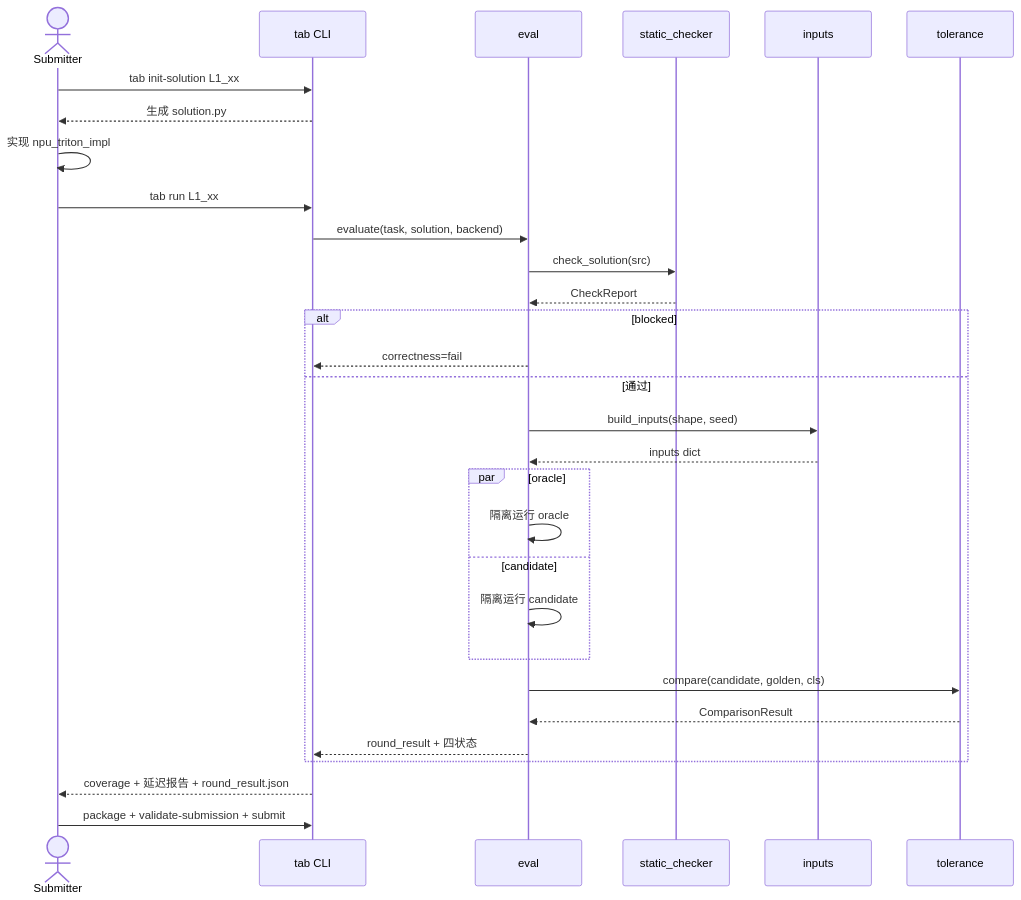
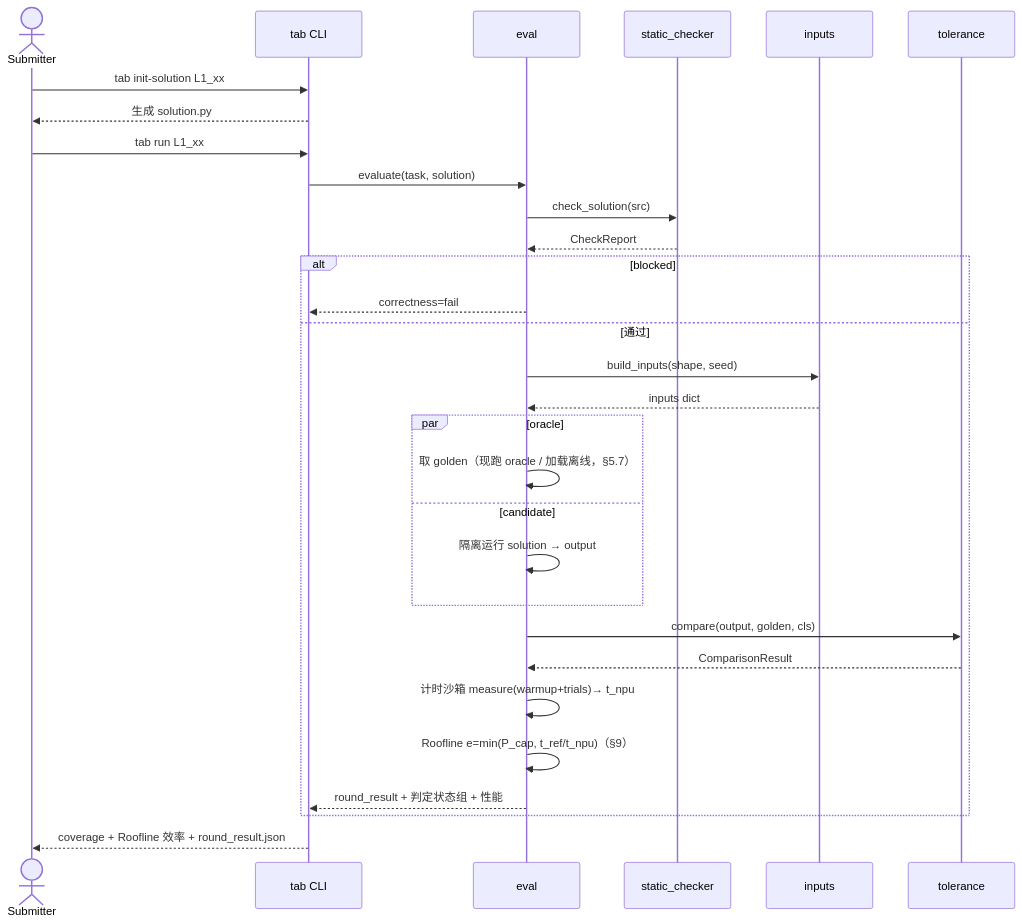
The seventh of 10 diagrams in docs/DESIGN.md (Gxj230958/TritonAscendBench), drawn with Mermaid before and after one commit. The commit also changed other lines of this file and 11 other files, not shown here.

First line of the commit message:
docs: finalize two-objective Roofline design spec and architecture docs

````diff
--- a/docs/DESIGN.md
+++ b/docs/DESIGN.md
@@ -488,32 +521,32 @@
 ```mermaid
 sequenceDiagram
     actor U as Submitter
     participant CLI as tab CLI
     participant EV as eval
     participant SC as static_checker
     participant IN as inputs
     participant TOL as tolerance
     U->>CLI: tab init-solution L1_xx
     CLI-->>U: 生成 solution.py
-    U->>U: 实现 npu_triton_impl
     U->>CLI: tab run L1_xx
-    CLI->>EV: evaluate(task, solution, backend)
+    CLI->>EV: evaluate(task, solution)
     EV->>SC: check_solution(src)
     SC-->>EV: CheckReport
     alt blocked
         EV-->>CLI: correctness=fail
     else 通过
         EV->>IN: build_inputs(shape, seed)
         IN-->>EV: inputs dict
         par oracle
-            EV->>EV: 隔离运行 oracle
+            EV->>EV: 取 golden（现跑 oracle / 加载离线，§5.7）
         and candidate
-            EV->>EV: 隔离运行 candidate
+            EV->>EV: 隔离运行 solution → output
         end
-        EV->>TOL: compare(candidate, golden, cls)
+        EV->>TOL: compare(output, golden, cls)
         TOL-->>EV: ComparisonResult
-        EV-->>CLI: round_result + 四状态
+        EV->>EV: 计时沙箱 measure(warmup+trials)→ t_npu
+        EV->>EV: Roofline e=min(P_cap, t_ref/t_npu)（§9）
+        EV-->>CLI: round_result + 判定状态组 + 性能
     end
-    CLI-->>U: coverage + 延迟报告 + round_result.json
-    U->>CLI: package + validate-submission + submit
+    CLI-->>U: coverage + Roofline 效率 + round_result.json
 ```
````
